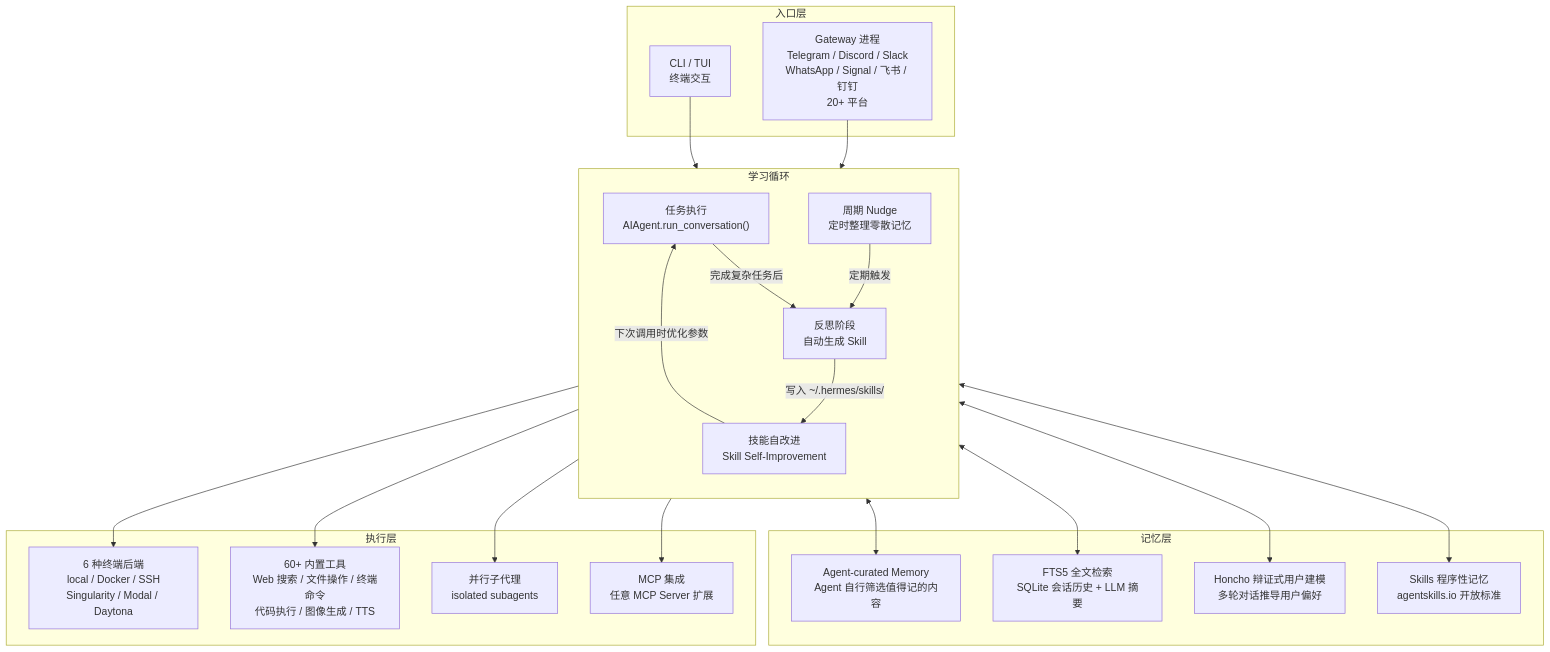
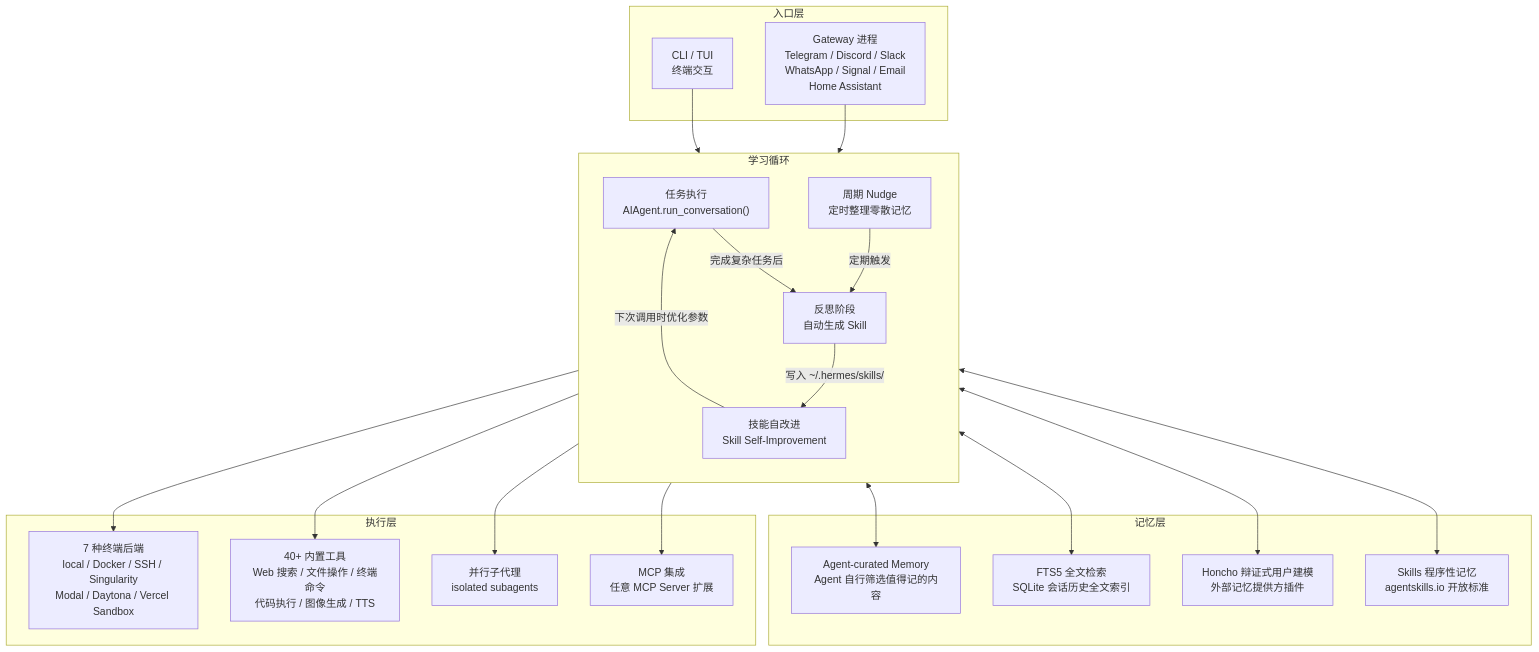
Before and after one commit to A1pha3/text-matrix: the diagram in content/posts/tech/hermes-agent-nousresearch-self-improving-agent-guide.md, drawn with Mermaid. The commit also changed other lines of this file and 24 other files, not shown here.

````diff
--- a/content/posts/tech/hermes-agent-nousresearch-self-improving-agent-guide.md
+++ b/content/posts/tech/hermes-agent-nousresearch-self-improving-agent-guide.md
@@ -26,44 +26,44 @@
 ```mermaid
 graph TB
     subgraph 入口层["入口层"]
         CLI["CLI / TUI<br/>终端交互"]
-        GW["Gateway 进程<br/>Telegram / Discord / Slack<br/>WhatsApp / Signal / 飞书 / 钉钉<br/>20+ 平台"]
+        GW["Gateway 进程<br/>Telegram / Discord / Slack<br/>WhatsApp / Signal / Email<br/>Home Assistant"]
     end
 
     subgraph 学习循环["学习循环"]
         direction TB
         TASK["任务执行<br/>AIAgent.run_conversation()"]
         REFLECT["反思阶段<br/>自动生成 Skill"]
         IMPROVE["技能自改进<br/>Skill Self-Improvement"]
         NUDGE["周期 Nudge<br/>定时整理零散记忆"]
         TASK -->|"完成复杂任务后"| REFLECT
         REFLECT -->|"写入 ~/.hermes/skills/"| IMPROVE
         IMPROVE -->|"下次调用时优化参数"| TASK
         NUDGE -->|"定期触发"| REFLECT
     end
 
     subgraph 记忆层["记忆层"]
         MEM["Agent-curated Memory<br/>Agent 自行筛选值得记的内容"]
-        FTS5["FTS5 全文检索<br/>SQLite 会话历史 + LLM 摘要"]
-        HONCHO["Honcho 辩证式用户建模<br/>多轮对话推导用户偏好"]
+        FTS5["FTS5 全文检索<br/>SQLite 会话历史全文索引"]
+        HONCHO["Honcho 辩证式用户建模<br/>外部记忆提供方插件"]
         SKILLS["Skills 程序性记忆<br/>agentskills.io 开放标准"]
     end
 
     subgraph 执行层["执行层"]
-        BACKEND["6 种终端后端<br/>local / Docker / SSH<br/>Singularity / Modal / Daytona"]
-        TOOLS["60+ 内置工具<br/>Web 搜索 / 文件操作 / 终端命令<br/>代码执行 / 图像生成 / TTS"]
+        BACKEND["7 种终端后端<br/>local / Docker / SSH / Singularity<br/>Modal / Daytona / Vercel Sandbox"]
+        TOOLS["40+ 内置工具<br/>Web 搜索 / 文件操作 / 终端命令<br/>代码执行 / 图像生成 / TTS"]
         SUB["并行子代理<br/>isolated subagents"]
         MCP["MCP 集成<br/>任意 MCP Server 扩展"]
     end
 
     CLI --> TASK
     GW --> TASK
     TASK <--> MEM
     TASK <--> FTS5
     TASK <--> HONCHO
     TASK <--> SKILLS
     TASK --> BACKEND
     TASK --> TOOLS
     TASK --> SUB
     TASK --> MCP
 ```
````
